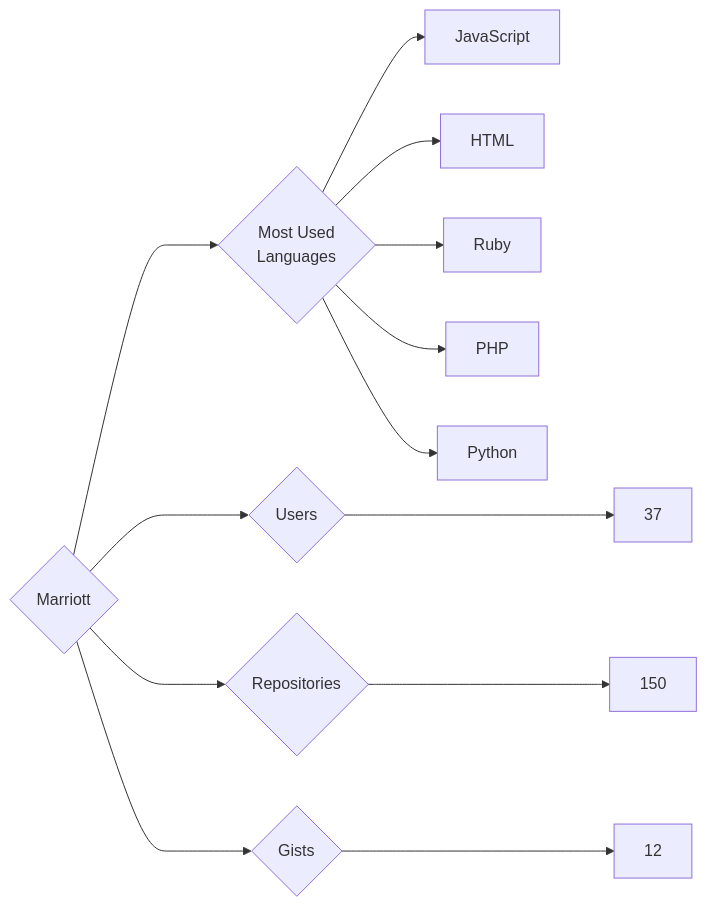
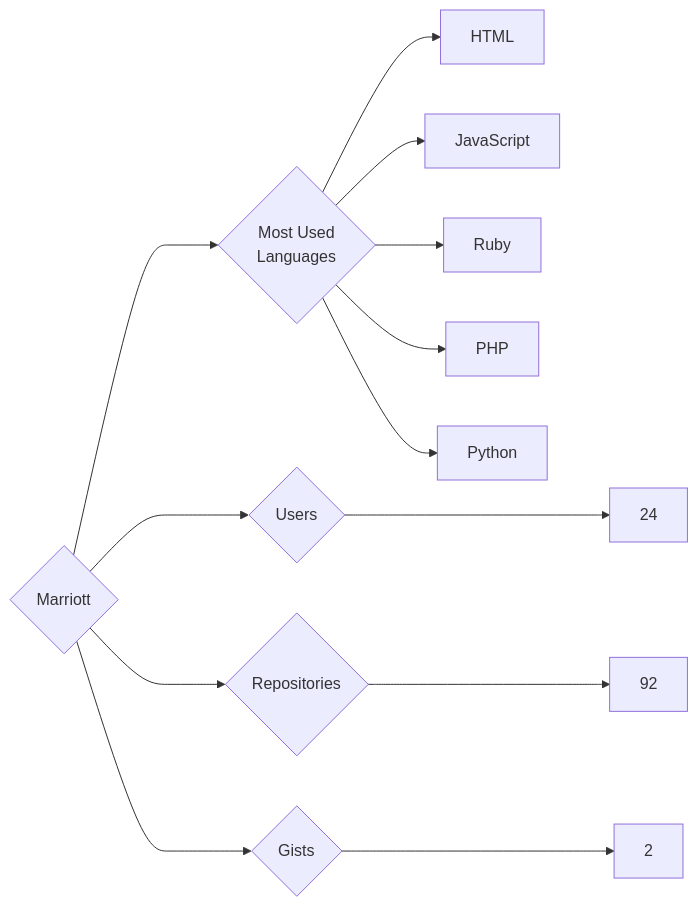
Before and after one commit to trickest/insiders: the diagram in targets/Marriott/README.md, drawn with Mermaid. The commit also changed 995 other files, not shown here.

````diff
--- a/targets/Marriott/README.md
+++ b/targets/Marriott/README.md
@@ -3,13 +3,13 @@
 ```mermaid
 graph LR
 COMPANY_NAME{Marriott}
-COMPANY_NAME ---> U{Users} ---> UN[37]
-COMPANY_NAME ---> R{Repositories} ---> RN[150]
-COMPANY_NAME ---> G{Gists} ---> GN[12]
+COMPANY_NAME ---> U{Users} ---> UN[24]
+COMPANY_NAME ---> R{Repositories} ---> RN[92]
+COMPANY_NAME ---> G{Gists} ---> GN[2]
 COMPANY_NAME ---> ML{Most Used<br>Languages}
+ML --> HTML[HTML]
 ML --> JavaScript[JavaScript]
-ML --> HTML[HTML]
 ML --> Ruby[Ruby]
 ML --> PHP[PHP]
 ML --> Python[Python]
 ```
````
